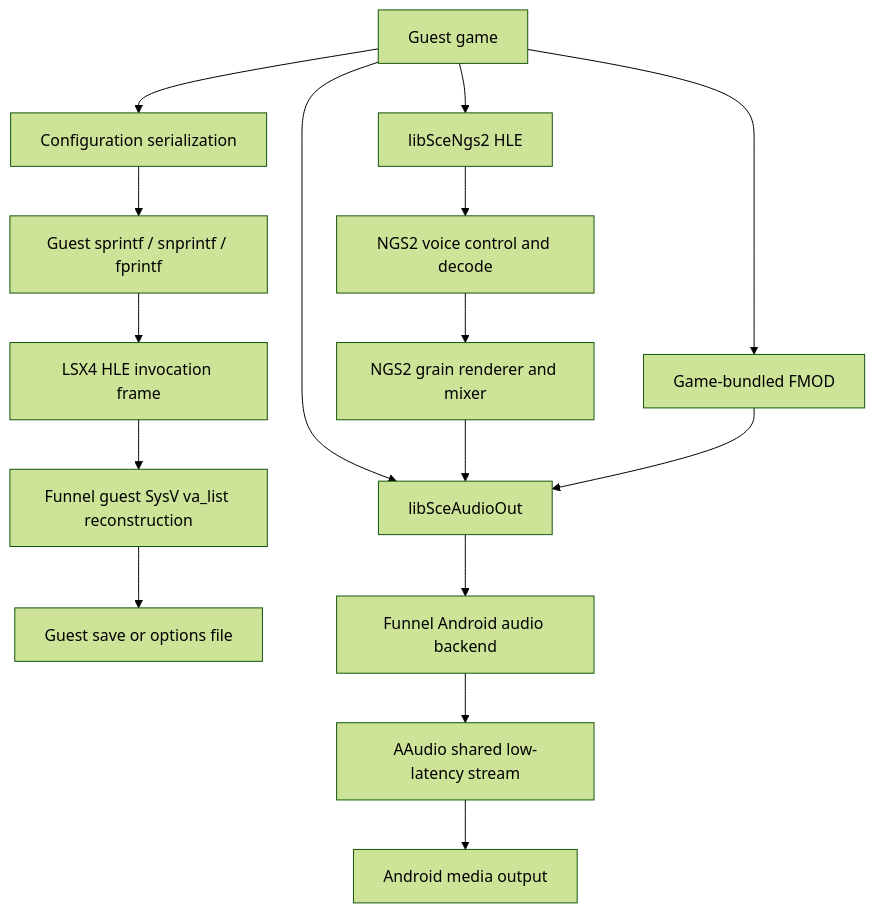
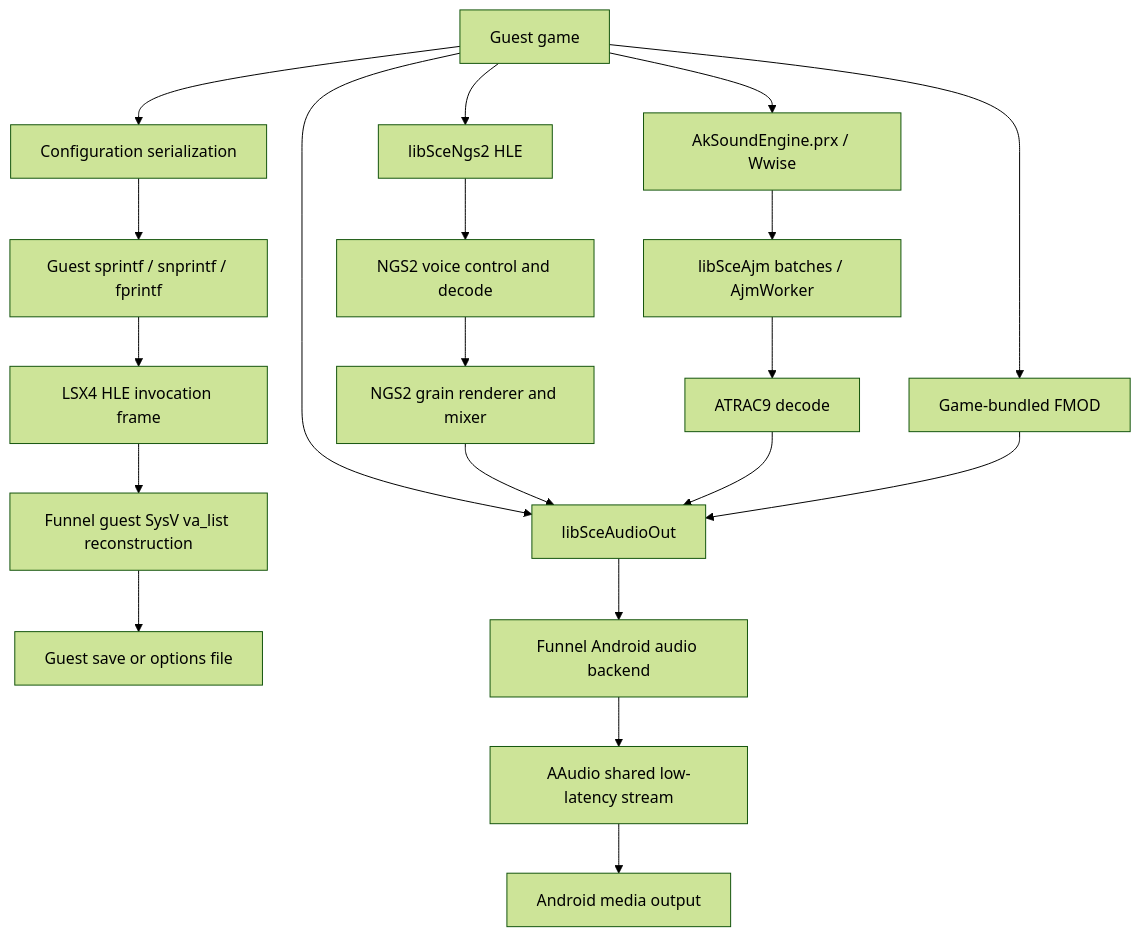
Before and after one commit to lpfoj/lsx4: the diagram in docs/android_audio_compatibility_postmortem.md, drawn with Mermaid (forest theme). The commit also changed other lines of this file and 629 other files, not shown here.

````diff
--- a/docs/android_audio_compatibility_postmortem.md
+++ b/docs/android_audio_compatibility_postmortem.md
@@ -44,22 +66,26 @@
 ```mermaid
 flowchart TD
     GAME[Guest game]
 
     GAME --> CONFIG[Configuration serialization]
     CONFIG --> PRINTF[Guest sprintf / snprintf / fprintf]
     PRINTF --> HLE[LSX4 HLE invocation frame]
     HLE --> VALIST[Funnel guest SysV va_list reconstruction]
     VALIST --> SAVE[Guest save or options file]
 
     GAME --> AUDIOOUT[libSceAudioOut]
     GAME --> NGS2[libSceNgs2 HLE]
     GAME --> FMOD[Game-bundled FMOD]
+    GAME --> WWISE[AkSoundEngine.prx / Wwise]
 
     NGS2 --> VOICE[NGS2 voice control and decode]
     VOICE --> GRAIN[NGS2 grain renderer and mixer]
     GRAIN --> AUDIOOUT
+    WWISE --> AJM[libSceAjm batches / AjmWorker]
+    AJM --> AT9[ATRAC9 decode]
+    AT9 --> AUDIOOUT
     FMOD --> AUDIOOUT
     AUDIOOUT --> BACKEND[Funnel Android audio backend]
     BACKEND --> AAUDIO[AAudio shared low-latency stream]
     AAUDIO --> DEVICE[Android media output]
 ```
````
